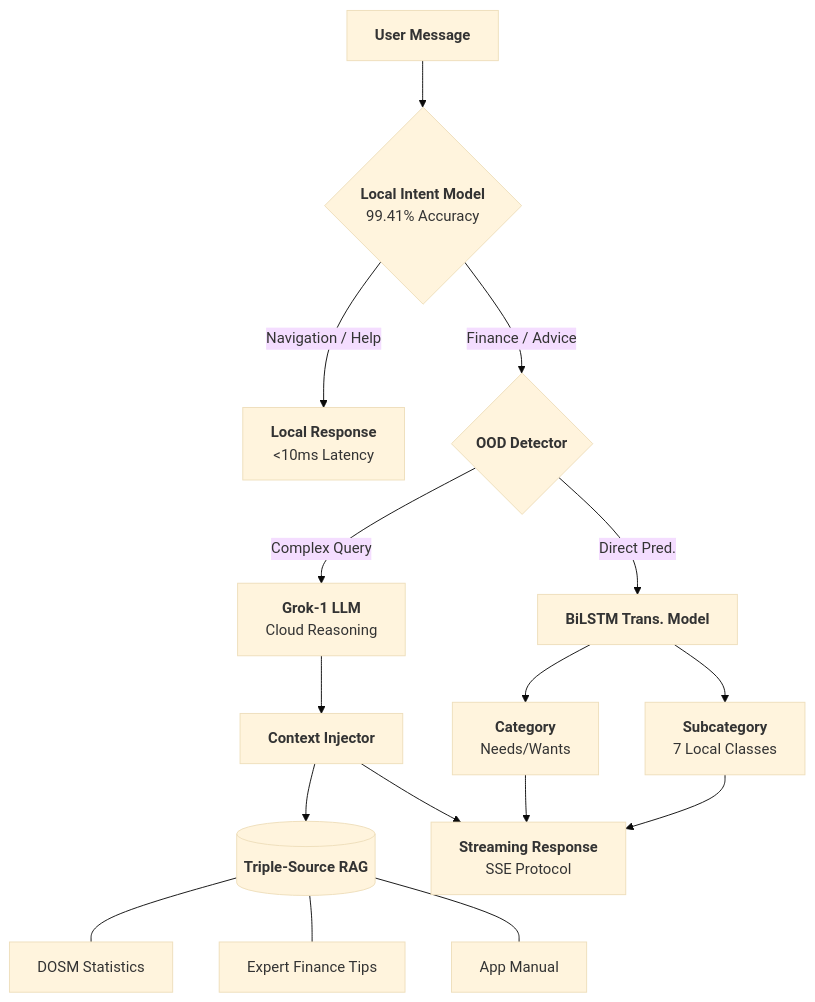
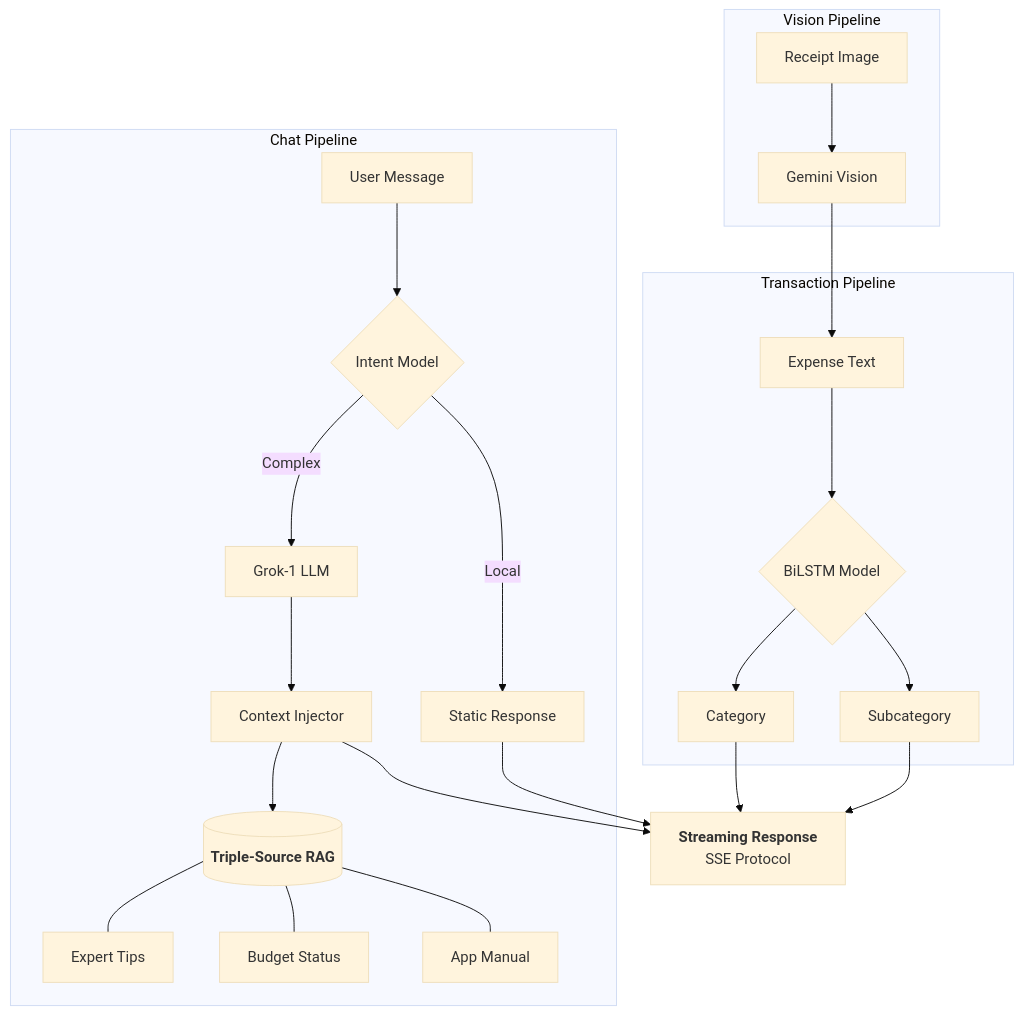
The diagram in README.md (izwanGit/beruang-server), drawn with Mermaid (base theme) before and after one commit.

Commit message:
docs: Finalize unified architecture diagram with triple-pipeline flow

````diff
--- a/README.md
+++ b/README.md
@@ -28,16 +28,26 @@
 ```mermaid
 graph TD
-    A[<b>User Message</b>] --> B{<b>Local Intent Model</b><br/>99.41% Accuracy}
-    B -->|Navigation / Help| C[<b>Local Response</b><br/><10ms Latency]
-    B -->|Finance / Advice| D{<b>OOD Detector</b>}
-    D -->|Direct Pred.| E[<b>BiLSTM Trans. Model</b>]
-    E --> E1[<b>Category</b><br/>Needs/Wants]
-    E --> E2[<b>Subcategory</b><br/>7 Local Classes]
-    D -->|Complex Query| F[<b>Grok-1 LLM</b><br/>Cloud Reasoning]
-    F --> G[<b>Context Injector</b>]
-    G --> H[(<b>Triple-Source RAG</b>)]
-    H --- I[DOSM Statistics]
-    H --- J[Expert Finance Tips]
-    H --- K[App Manual]
-    G & E1 & E2 --> L[<b>Streaming Response</b><br/>SSE Protocol]
+    subgraph "Chat Pipeline"
+    M1[User Message] --> I1{Intent Model}
+    I1 -->|Local| R1[Static Response]
+    I1 -->|Complex| G1[Grok-1 LLM]
+    G1 --> C1[Context Injector]
+    C1 --> RAG[(<b>Triple-Source RAG</b>)]
+    RAG --- R2[Expert Tips]
+    RAG --- R3[Budget Status]
+    RAG --- R4[App Manual]
+    end
+
+    subgraph "Transaction Pipeline"
+    T1[Expense Text] --> B1{BiLSTM Model}
+    B1 --> C2[Category]
+    B1 --> S1[Subcategory]
+    end
+
+    subgraph "Vision Pipeline"
+    V1[Receipt Image] --> GV[Gemini Vision]
+    GV --> T1
+    end
+
+    C1 & R1 & C2 & S1 --> STREAM[<b>Streaming Response</b><br/>SSE Protocol]
 ```
````
